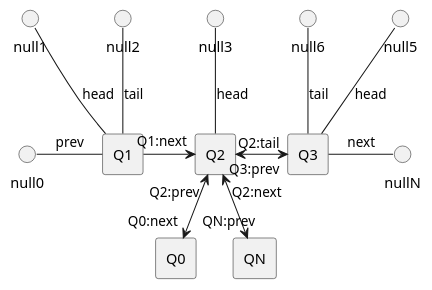
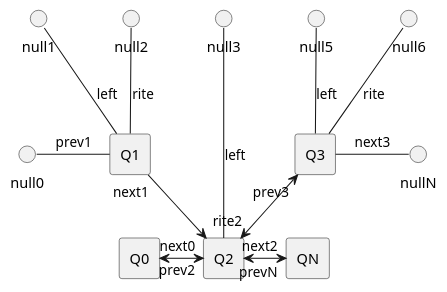
Before and after one commit to vitalispopoff/calculator: the diagram in src/docs/UML/convertToLocalTree/07.puml, drawn with PlantUML. The commit also changed 20 other files, not shown here.

```diff
--- a/src/docs/UML/convertToLocalTree/07.puml
+++ b/src/docs/UML/convertToLocalTree/07.puml
@@ -1,32 +1,36 @@
 @startuml
 
 rectangle Q0
 
 rectangle Q1
 rectangle Q2
 rectangle Q3
 
 rectangle QN
 
-Q1 -left-() null0:prev
+Q1 -left-() null0:prev1
 
-Q1  -up-() null2:tail
-Q1  -up-() null1:head
+Q1  -up-() null1:"left"
+Q1  -up-() null2:"rite"
 
-Q0 "Q0:next" <-up-> "Q2:prev" Q2
 
-Q1 "Q1:next" --right-->  Q2
+Q0 "next0" <-right-> "prev2" Q2
 
-Q2  -up-() null3:head
+Q1 "next1" -down->  Q2
 
-Q2 "Q2:tail" <-right-> "Q3:prev" Q3
+Q2  --up-() null3:"left"
 
-Q2 "Q2:next" <-down-> "QN:prev" QN
+Q2 "rite2" <-up-> "prev3" Q3
 
-Q3  -up-() null6:tail
-Q3  -up-() null5:head
+Q2 "next2" <-right-> "prevN" QN
 
-Q3  -right-() nullN:next
+Q3  -up-() null5:"left"
+Q3  -up-() null6:"rite"
+
+Q3  -right-() nullN:next3
+
+Q1 -[hidden]- Q0
+Q3 -[hidden]- QN
 
 
 @enduml
```
